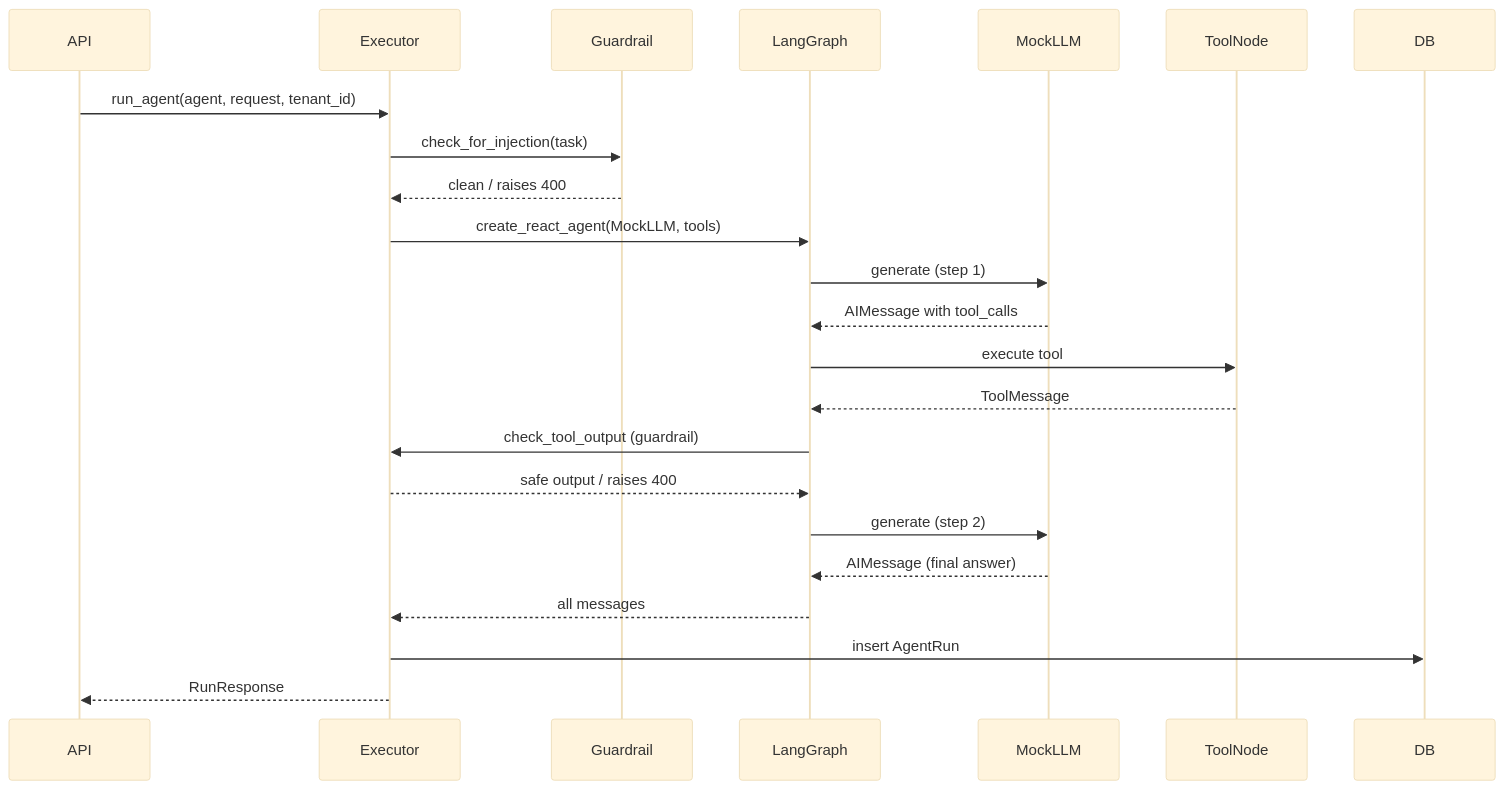
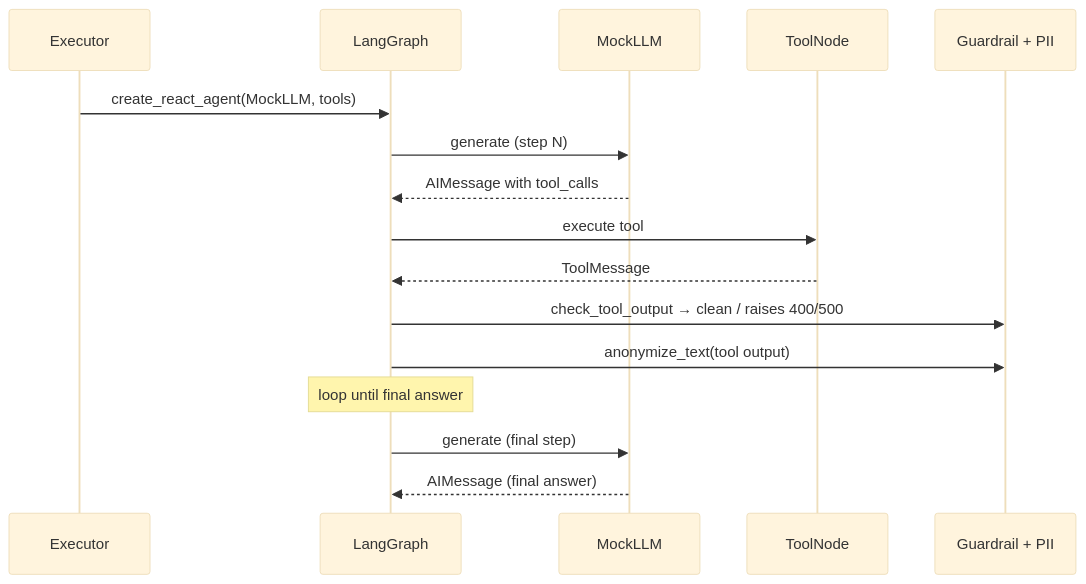
The sixth of 9 diagrams in docs/services.md (EladAriel/mini-agent-platform), drawn with Mermaid (base theme) before and after one commit. The commit also changed other lines of this file and 53 other files, not shown here.

````diff
--- a/docs/services.md
+++ b/docs/services.md
@@ -128,31 +216,19 @@
 ```mermaid
 sequenceDiagram
-    participant API
     participant Executor
-    participant Guardrail
     participant LangGraph
     participant MockLLM
     participant ToolNode
-    participant DB
-
-    API->>Executor: run_agent(agent, request, tenant_id)
-    Executor->>Guardrail: check_for_injection(task)
-    Guardrail-->>Executor: clean / raises 400
+    participant GuardrailPII as Guardrail + PII
 
     Executor->>LangGraph: create_react_agent(MockLLM, tools)
-    LangGraph->>MockLLM: generate (step 1)
+    LangGraph->>MockLLM: generate (step N)
     MockLLM-->>LangGraph: AIMessage with tool_calls
-
     LangGraph->>ToolNode: execute tool
     ToolNode-->>LangGraph: ToolMessage
-
-    LangGraph->>Executor: check_tool_output (guardrail)
-    Executor-->>LangGraph: safe output / raises 400
-
-    LangGraph->>MockLLM: generate (step 2)
+    LangGraph->>GuardrailPII: check_tool_output → clean / raises 400/500
+    LangGraph->>GuardrailPII: anonymize_text(tool output)
+    Note over LangGraph: loop until final answer
+    LangGraph->>MockLLM: generate (final step)
     MockLLM-->>LangGraph: AIMessage (final answer)
-
-    LangGraph-->>Executor: all messages
-    Executor->>DB: insert AgentRun
-    Executor-->>API: RunResponse
 ```
````
